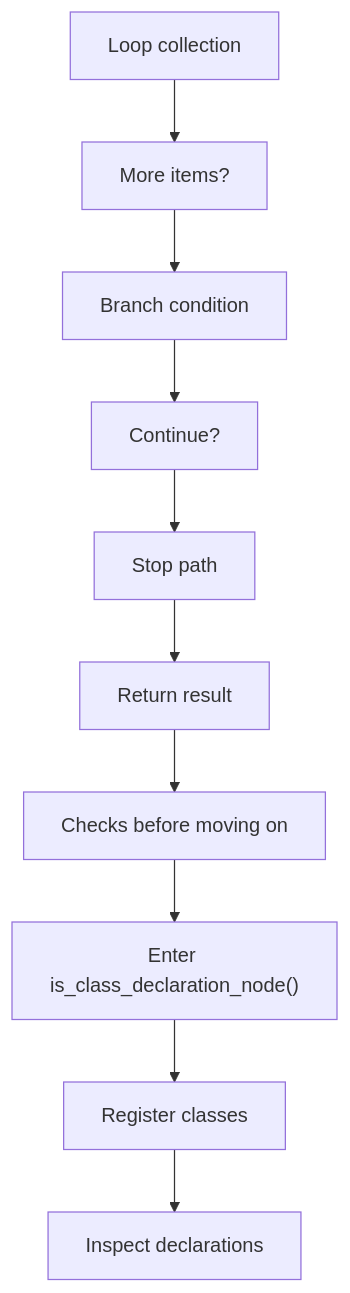
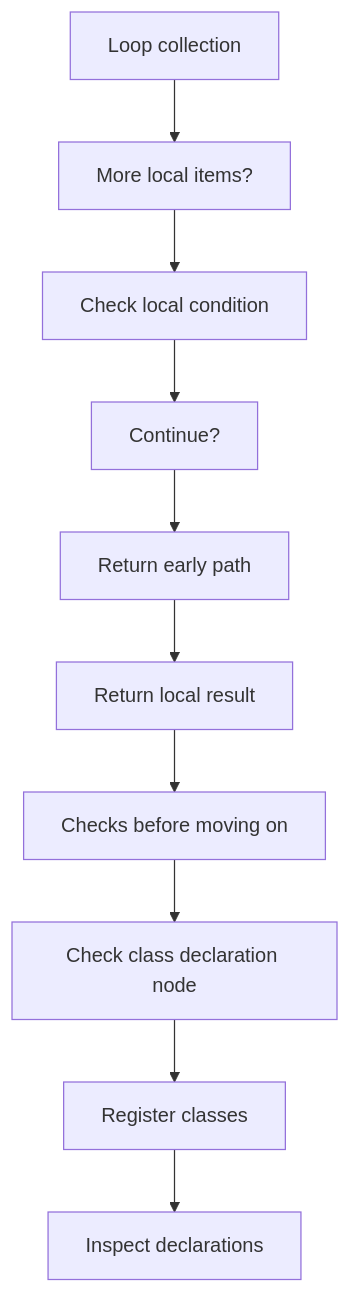
Before and after one commit to JohnAndrewBalbarosa/NeoTerritory: the fourth of 9 diagrams in docs/Codebase/Microservice/Modules/Source/HashingMechanism/HashLinks/Common/Flow/hash_links_common_program_flow.cpp.md, drawn with Mermaid. The commit also changed other lines of this file and 925 other files, not shown here.

````diff
--- a/docs/Codebase/Microservice/Modules/Source/HashingMechanism/HashLinks/Common/Flow/hash_links_common_program_flow.cpp.md
+++ b/docs/Codebase/Microservice/Modules/Source/HashingMechanism/HashLinks/Common/Flow/hash_links_common_program_flow.cpp.md
@@ -93,22 +93,22 @@
 ```mermaid
 flowchart TD
     N0["Loop collection"]
-    N1["More items?"]
-    N2["Branch condition"]
+    N1["More local items?"]
+    N2["Check local condition"]
     N3["Continue?"]
-    N4["Stop path"]
-    N5["Return result"]
+    N4["Return early path"]
+    N5["Return local result"]
     N6["Checks before moving on"]
-    N7["Enter is_class_declaration_node()"]
+    N7["Check class declaration node"]
     N8["Register classes"]
     N9["Inspect declarations"]
     N0 --> N1
     N1 --> N2
     N2 --> N3
     N3 --> N4
     N4 --> N5
     N5 --> N6
     N6 --> N7
     N7 --> N8
     N8 --> N9
 ```
````
